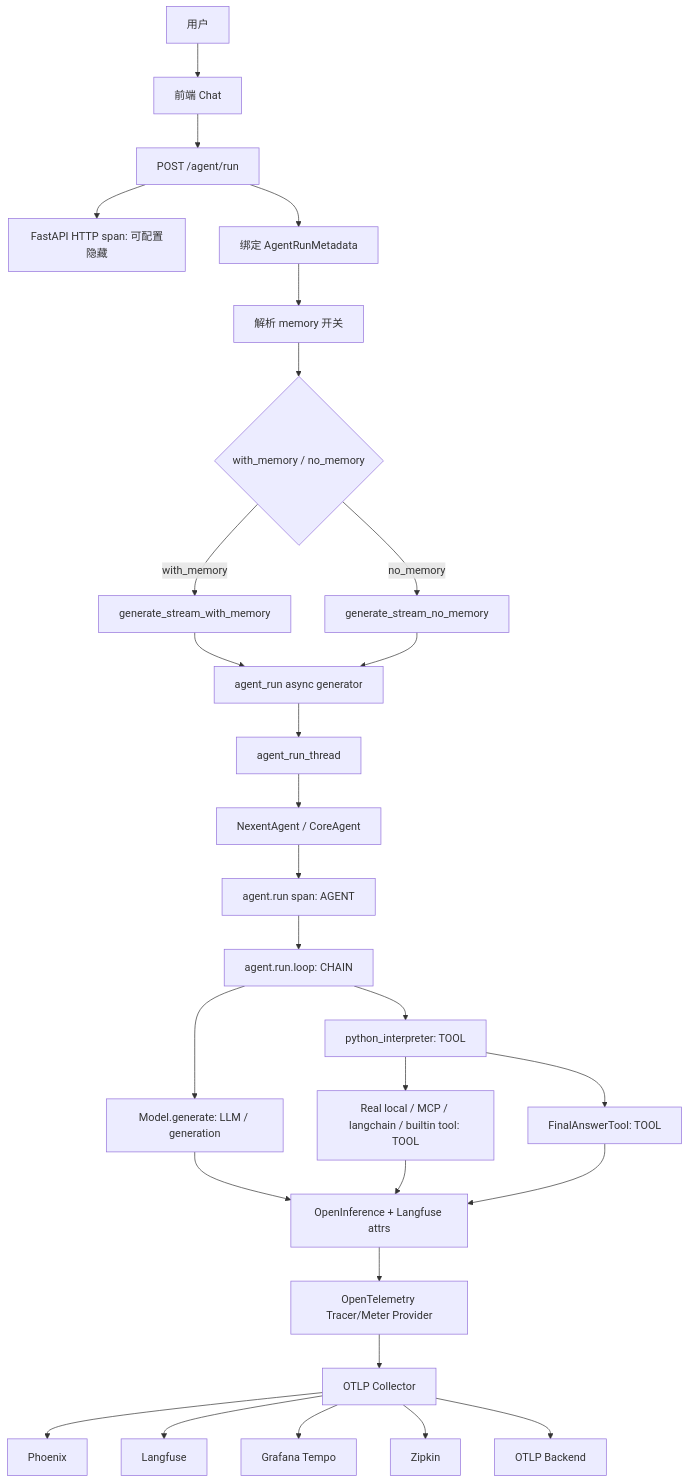
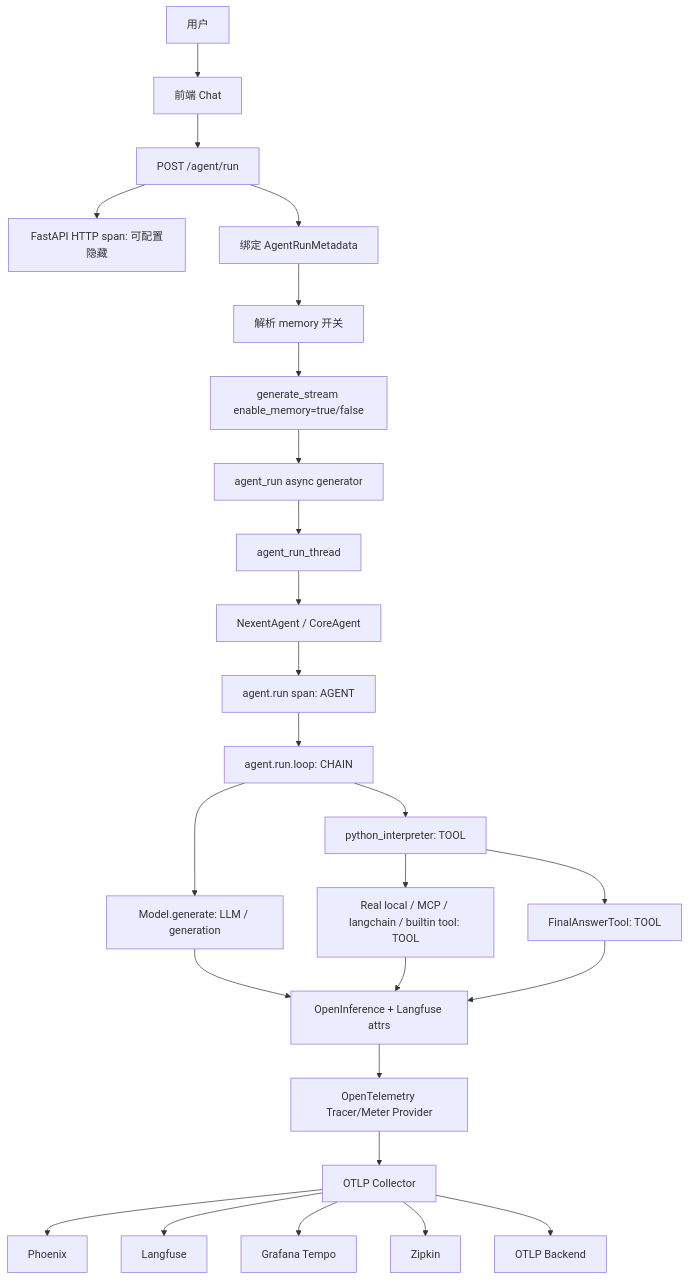
One commit to ModelEngine-Group/nexent changed the third of 4 diagrams in doc/docs/zh/sdk/opentelemetry-design.md. Above: the diagram before and after it, drawn with Mermaid. The commit also changed 17 other files, not shown here.

Commit message:
♻️ Clean up lagecy implementation of mem0 memory

````diff
--- a/doc/docs/zh/sdk/opentelemetry-design.md
+++ b/doc/docs/zh/sdk/opentelemetry-design.md
@@ -517,31 +517,28 @@
 ```mermaid
 flowchart TD
   U[用户] --> FE[前端 Chat]
   FE --> API[POST /agent/run]
   API --> HTTP[FastAPI HTTP span: 可配置隐藏]
   API --> Bind[绑定 AgentRunMetadata]
   Bind --> Mem[解析 memory 开关]
-  Mem --> Strategy{with_memory / no_memory}
-  Strategy -->|with_memory| G1[generate_stream_with_memory]
-  Strategy -->|no_memory| G2[generate_stream_no_memory]
-  G1 --> AR[agent_run async generator]
-  G2 --> AR
+  Mem --> GS[generate_stream enable_memory=true/false]
+  GS --> AR[agent_run async generator]
   AR --> Thread[agent_run_thread]
   Thread --> NX[NexentAgent / CoreAgent]
   NX --> A0[agent.run span: AGENT]
   A0 --> Step[agent.run.loop: CHAIN]
   Step --> LLM[Model.generate: LLM / generation]
   Step --> PY[python_interpreter: TOOL]
   PY --> Tool[Real local / MCP / langchain / builtin tool: TOOL]
   PY --> Final[FinalAnswerTool: TOOL]
   LLM --> Attr1[OpenInference + Langfuse attrs]
   Tool --> Attr1
   Final --> Attr1
   Attr1 --> OTel[OpenTelemetry Tracer/Meter Provider]
   OTel --> Collector[OTLP Collector]
   Collector --> Phoenix[Phoenix]
   Collector --> Langfuse[Langfuse]
   Collector --> Tempo[Grafana Tempo]
   Collector --> Zipkin[Zipkin]
   Collector --> Other[OTLP Backend]
 ```
````
